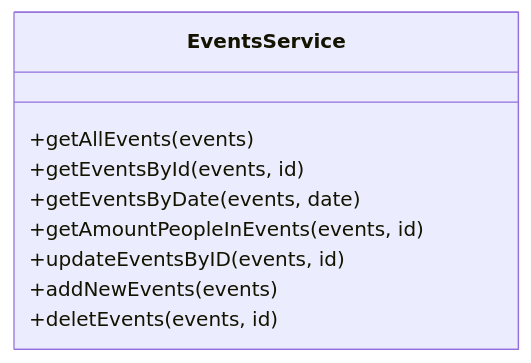
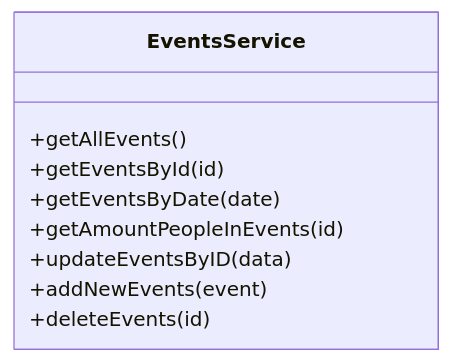
Before and after one commit to EslebanPerez/HackTheOcean: the fourth of 4 diagrams in README.md, drawn with Mermaid. The commit also changed other lines of this file, not shown here.

Commit message:
data_fixed_error

````diff
--- a/README.md
+++ b/README.md
@@ -87,11 +88,11 @@
 ```mermaid
 classDiagram
 class EventsService
-EventsService : +getAllEvents(events)
-EventsService : +getEventsById(events, id)
-EventsService : +getEventsByDate(events, date)
-EventsService : +getAmountPeopleInEvents(events, id)
-EventsService : +updateEventsByID(events, id)
-EventsService : +addNewEvents(events)
-EventsService : +deletEvents(events, id)
+EventsService : +getAllEvents()
+EventsService : +getEventsById(id)
+EventsService : +getEventsByDate(date)
+EventsService : +getAmountPeopleInEvents(id)
+EventsService : +updateEventsByID(data)
+EventsService : +addNewEvents(event)
+EventsService : +deleteEvents(id)
 ```
````
